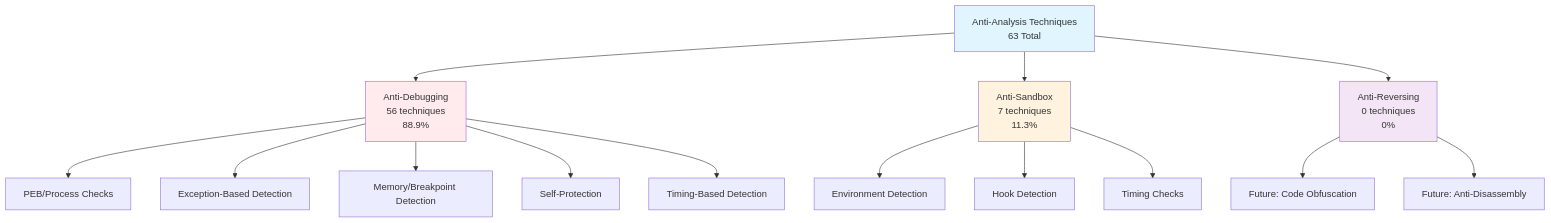
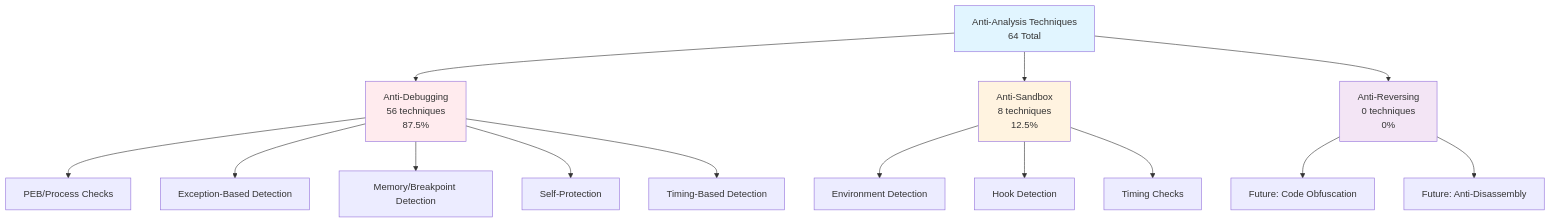
The first of 8 diagrams in docs/diagrams/taxonomy.md (mabj/anti), drawn with Mermaid before and after one commit. The commit also changed other lines of this file and 7 other files, not shown here.

Commit message:
Adding new anti-sandbox technique (AS009_NtDelayExecution)

````diff
--- a/docs/diagrams/taxonomy.md
+++ b/docs/diagrams/taxonomy.md
@@ -7,24 +7,24 @@
 ```mermaid
 graph TB
-    A[Anti-Analysis Techniques<br/>63 Total] --> B[Anti-Debugging<br/>56 techniques<br/>88.9%]
-    A --> C[Anti-Sandbox<br/>7 techniques<br/>11.3%]
+    A[Anti-Analysis Techniques<br/>64 Total] --> B[Anti-Debugging<br/>56 techniques<br/>87.5%]
+    A --> C[Anti-Sandbox<br/>8 techniques<br/>12.5%]
     A --> D[Anti-Reversing<br/>0 techniques<br/>0%]
 
     B --> B1[PEB/Process Checks]
     B --> B2[Exception-Based Detection]
     B --> B3[Memory/Breakpoint Detection]
     B --> B4[Self-Protection]
     B --> B5[Timing-Based Detection]
 
     C --> C1[Environment Detection]
     C --> C2[Hook Detection]
     C --> C3[Timing Checks]
 
     D --> D1[Future: Code Obfuscation]
     D --> D2[Future: Anti-Disassembly]
 
     style A fill:#e1f5ff
     style B fill:#ffebee
     style C fill:#fff3e0
     style D fill:#f3e5f5
 ```
````
